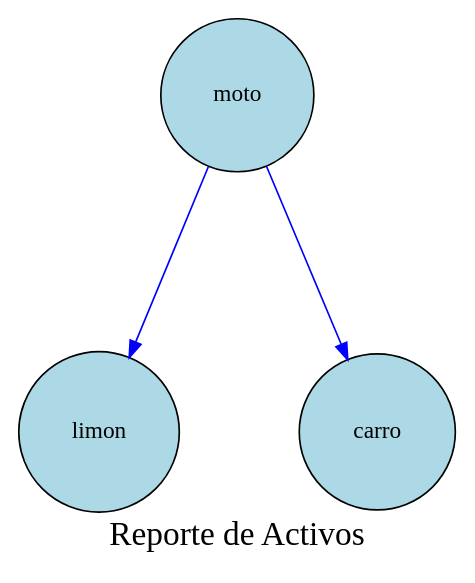
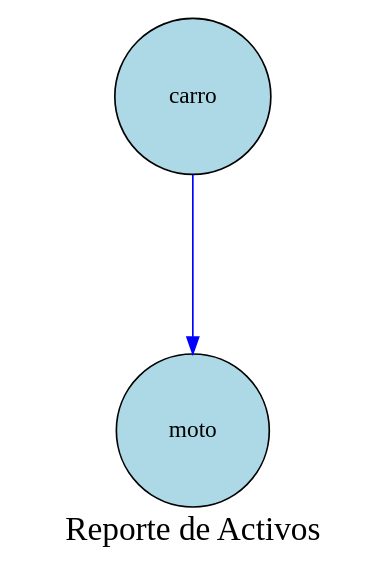
One commit to Ennero/EDD_Proyecto1_Vacas2_202302220 changed the diagram in Proyecto1/cmake-build-debug/reporteArbolAVL.dot. Above: the diagram before and after it, drawn with Graphviz. The commit also changed 25 other files, not shown here.

```diff
--- a/Proyecto1/cmake-build-debug/reporteArbolAVL.dot
+++ b/Proyecto1/cmake-build-debug/reporteArbolAVL.dot
@@ -1,10 +1,8 @@
 digraph AVLTree {
     node [shape=circle,style=filled, fillcolor=lightblue, margin=0.2];
 edge [style=solid, color=blue];
  graph [ranksep=1.5, nodesep=1];graph [label="Reporte de Activos", fontsize=20, fontcolor=black];
-    "snu75yv4n43e9kx" [label="moto"];
-    "snu75yv4n43e9kx" -> "6183i553i0mig62";
-    "6183i553i0mig62" [label="limon"];
-    "snu75yv4n43e9kx" -> "x6ro67rdxflc58q";
-    "x6ro67rdxflc58q" [label="carro"];
+    "k68i3i60c69qiwk" [label="carro"];
+    "k68i3i60c69qiwk" -> "8r73529t2k2xcj0";
+    "8r73529t2k2xcj0" [label="moto"];
 }
```
